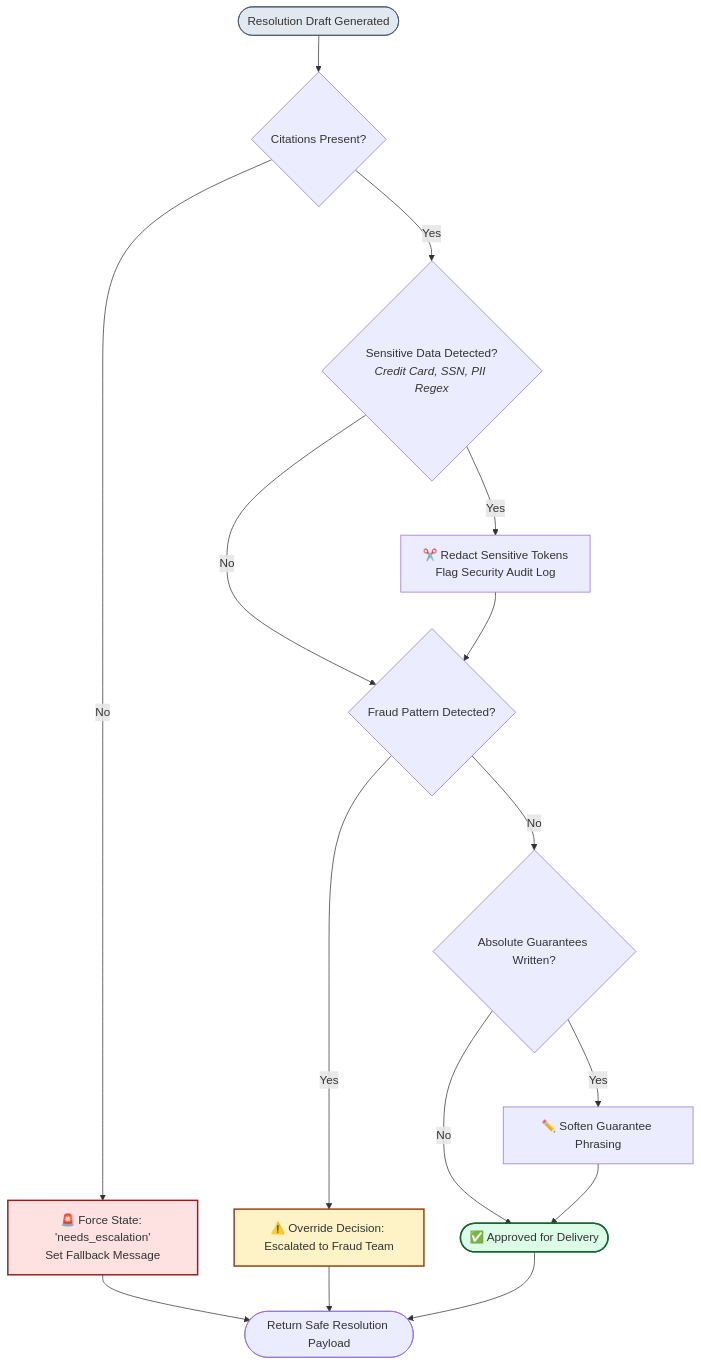
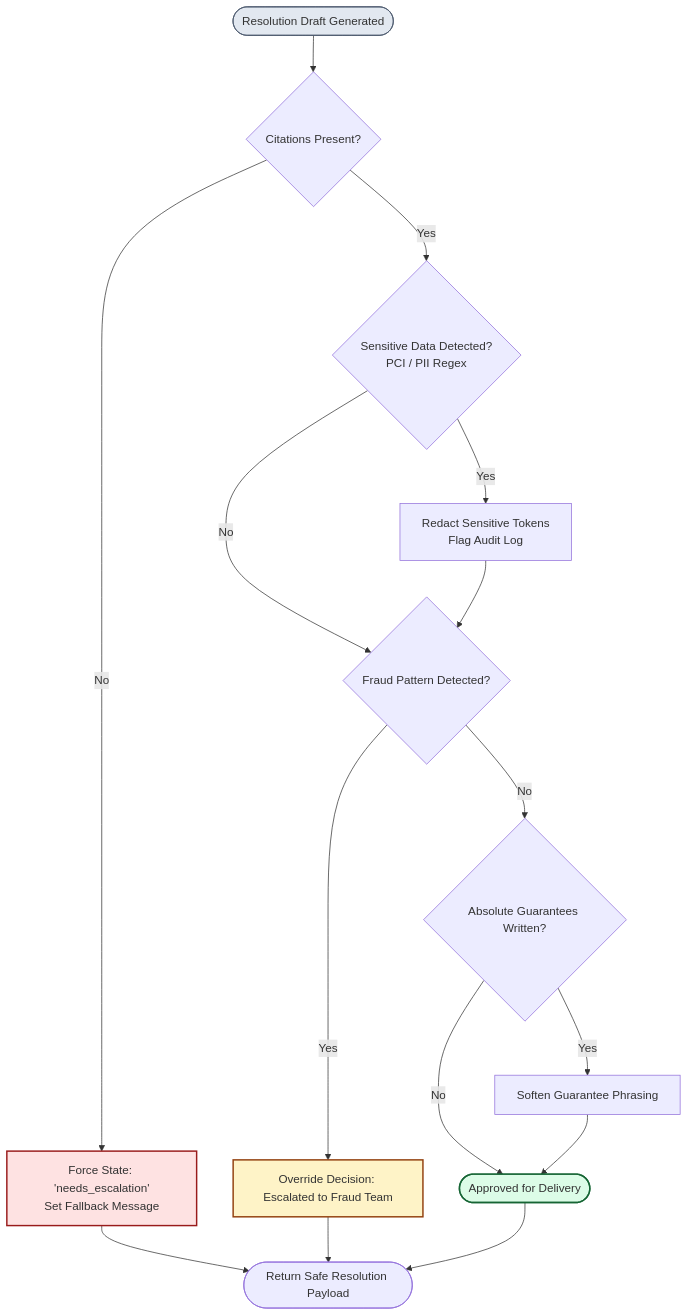
The third of 3 diagrams in README.md (Reethikaa05/SupportIQ), drawn with Mermaid before and after one commit. The commit also changed other lines of this file, not shown here.

Commit message:
docs: fix Mermaid syntax for GitHub renderer compatibility

````diff
--- a/README.md
+++ b/README.md
@@ -140,23 +128,23 @@
 ```mermaid
 flowchart TD
     Start([Resolution Draft Generated]) --> Step1{Citations Present?}
-    Step1 -- No --> ForceEscalate["🚨 Force State: 'needs_escalation'<br/>Set Fallback Message"]
-    Step1 -- Yes --> Step2{Sensitive Data Detected?<br/><i>Credit Card, SSN, PII Regex</i>}
-    Step2 -- Yes --> Redact["✂️ Redact Sensitive Tokens<br/>Flag Security Audit Log"]
+    Step1 -- No --> ForceEscalate["Force State: 'needs_escalation'<br/>Set Fallback Message"]
+    Step1 -- Yes --> Step2{Sensitive Data Detected?<br/>PCI / PII Regex}
+    Step2 -- Yes --> Redact["Redact Sensitive Tokens<br/>Flag Audit Log"]
     Step2 -- No --> Step3{Fraud Pattern Detected?}
-    Step3 -- Yes --> OverrideFraud["⚠️ Override Decision: Escalated to Fraud Team"]
+    Step3 -- Yes --> OverrideFraud["Override Decision: Escalated to Fraud Team"]
     Step3 -- No --> Step4{Absolute Guarantees Written?}
-    Step4 -- Yes --> SoftenLanguage["✏️ Soften Guarantee Phrasing"]
-    Step4 -- No --> Approve([✅ Approved for Delivery])
+    Step4 -- Yes --> SoftenLanguage["Soften Guarantee Phrasing"]
+    Step4 -- No --> Approve([Approved for Delivery])
 
     ForceEscalate --> OutputResponse([Return Safe Resolution Payload])
     Redact --> Step3
     OverrideFraud --> OutputResponse
     SoftenLanguage --> Approve
     Approve --> OutputResponse
 
     style Start fill:#E2E8F0,stroke:#475569
     style Approve fill:#DCFCE7,stroke:#166534,stroke-width:2px
     style ForceEscalate fill:#FEE2E2,stroke:#991B1B,stroke-width:2px
     style OverrideFraud fill:#FEF3C7,stroke:#92400E,stroke-width:2px
 ```
````
